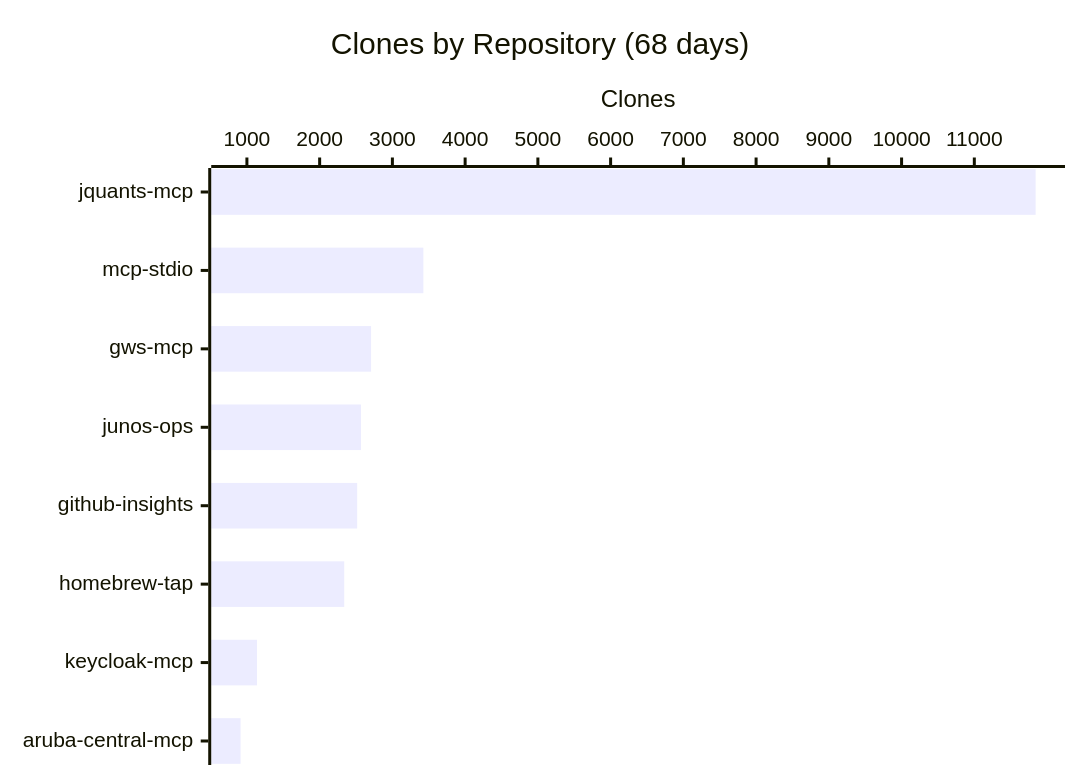
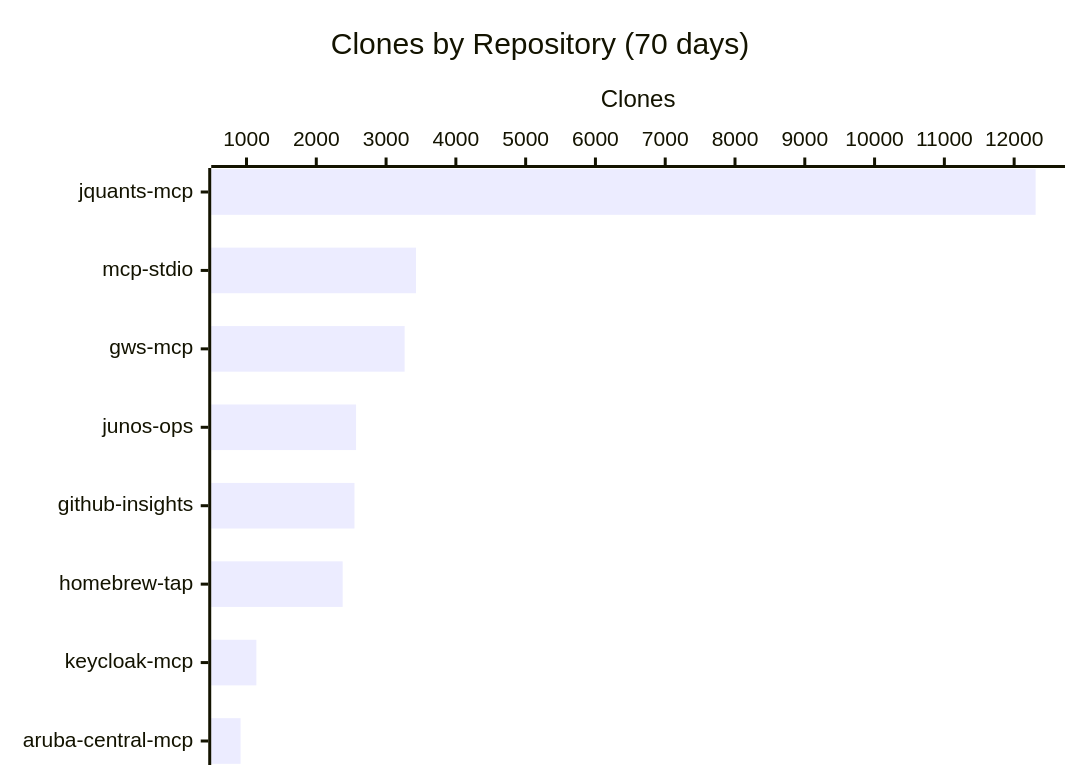
Before and after one commit to shigechika/github-insights: the third of 3 diagrams in README.md, drawn with Mermaid. The commit also changed other lines of this file and 2 other files, not shown here.

````diff
--- a/README.md
+++ b/README.md
@@ -38,7 +38,7 @@
 ```mermaid
 xychart-beta horizontal
-    title "Clones by Repository (68 days)"
+    title "Clones by Repository (70 days)"
     x-axis ["jquants-mcp", "mcp-stdio", "gws-mcp", "junos-ops", "github-insights", "homebrew-tap", "keycloak-mcp", "aruba-central-mcp"]
     y-axis "Clones"
-    bar [11843, 3426, 2707, 2568, 2516, 2338, 1139, 913]
+    bar [12308, 3428, 3266, 2570, 2547, 2378, 1141, 915]
 ```
````
